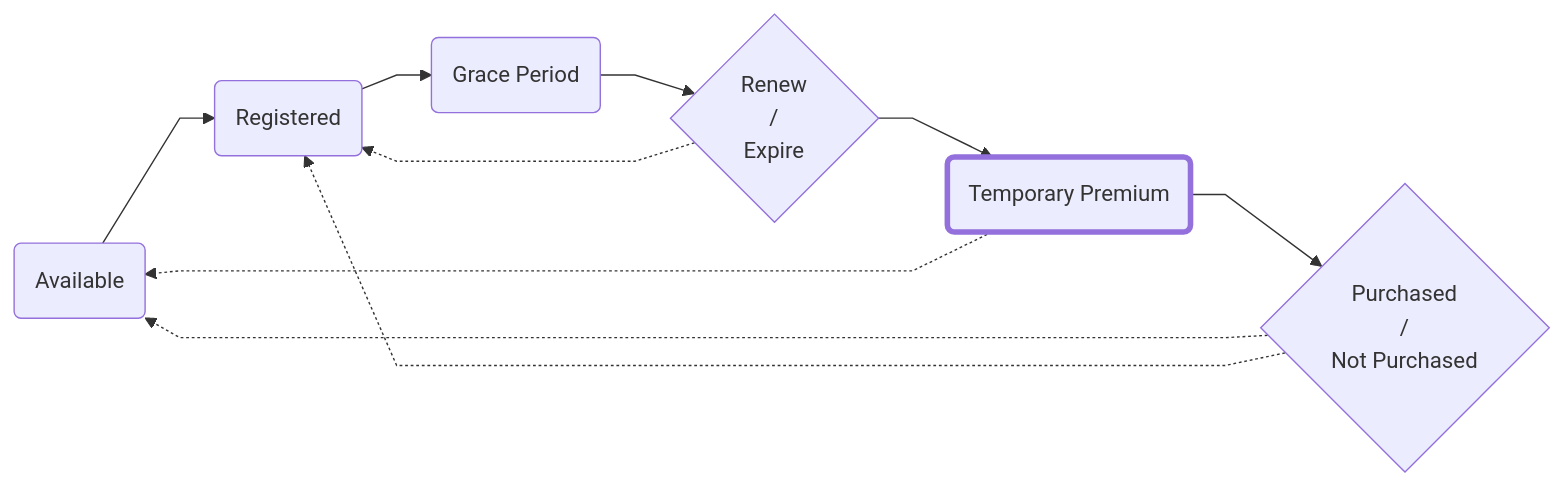
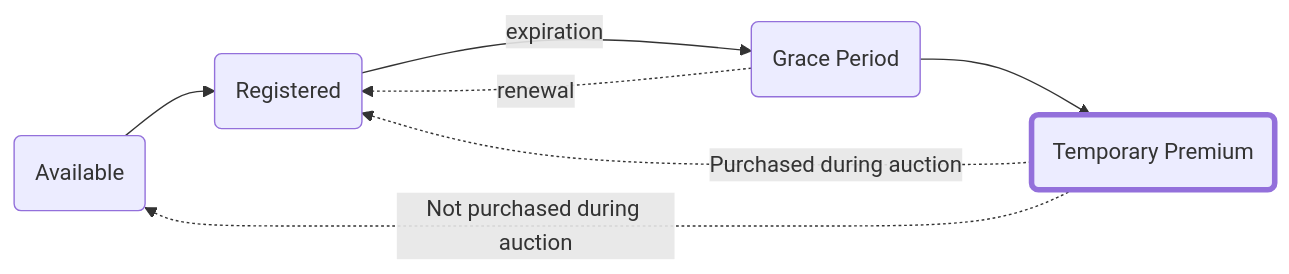
The diagram in docs/04-core/02-registration/05-temporary-premium.mdx (ensdomains/ens-support-docs), drawn with Mermaid before and after one commit. The commit also changed other lines of this file and 5 other files, not shown here.

````diff
--- a/docs/04-core/02-registration/05-temporary-premium.mdx
+++ b/docs/04-core/02-registration/05-temporary-premium.mdx
@@ -15,27 +15,22 @@
 ```mermaid
 %%{
   init: {
     'flowchart': {
-      'curve': 'linear'
       } } }%%
       
 graph LR;
 A(Available);
 B(Registered);
 C(Grace Period);
 D(Temporary Premium);
-E{Renew<br/>/<br/>Expire};
-F{Purchased<br/>/<br/>Not Purchased};
 
 classDef active stroke-width:4px;
 classDef inactive stroke-dasharray: 5 5;
 
 class D active;
 
-A-->B-->C-->E-->D;
-E-.->B;
-D-.->A;
-D-->F;
-F-.->A;
-F-.->B;
+A-->B-->|expiration|C-->D;
+C-.->|renewal|B;
+D-.->|Purchased during auction|B;
+D-.->|Not purchased during auction|A;
 ```
````
